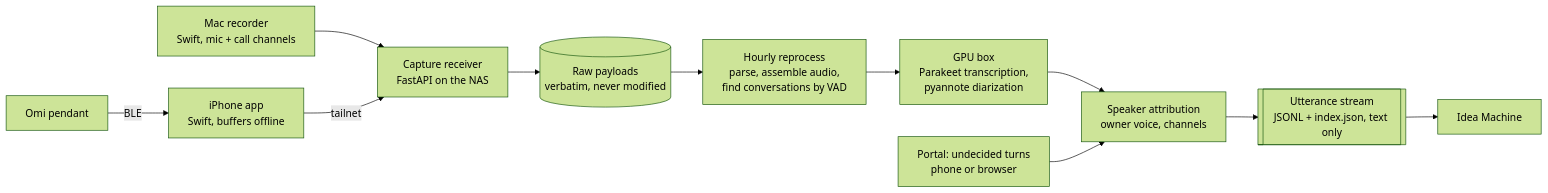
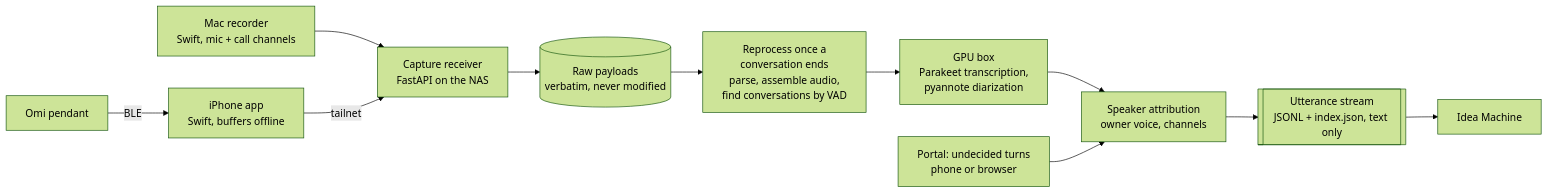
Before and after one commit to lowmagic/hearsay: the diagram in README.md, drawn with Mermaid (forest theme). The commit also changed other lines of this file and 16 other files, not shown here.

````diff
--- a/README.md
+++ b/README.md
@@ -38,13 +38,13 @@
 ```mermaid
 flowchart LR
   P[Omi pendant] -- BLE --> I[iPhone app<br/>Swift, buffers offline]
   M[Mac recorder<br/>Swift, mic + call channels] --> R
   I -- tailnet --> R[Capture receiver<br/>FastAPI on the NAS]
   R --> RAW[(Raw payloads<br/>verbatim, never modified)]
-  RAW --> RP[Hourly reprocess<br/>parse, assemble audio,<br/>find conversations by VAD]
+  RAW --> RP[Reprocess once a<br/>conversation ends<br/>parse, assemble audio,<br/>find conversations by VAD]
   RP --> GPU[GPU box<br/>Parakeet transcription,<br/>pyannote diarization]
   GPU --> SP[Speaker attribution<br/>owner voice, channels]
   PORTAL[Portal: undecided turns<br/>phone or browser] --> SP
   SP --> S[[Utterance stream<br/>JSONL + index.json, text only]]
   S --> IM[Idea Machine]
 ```
````
